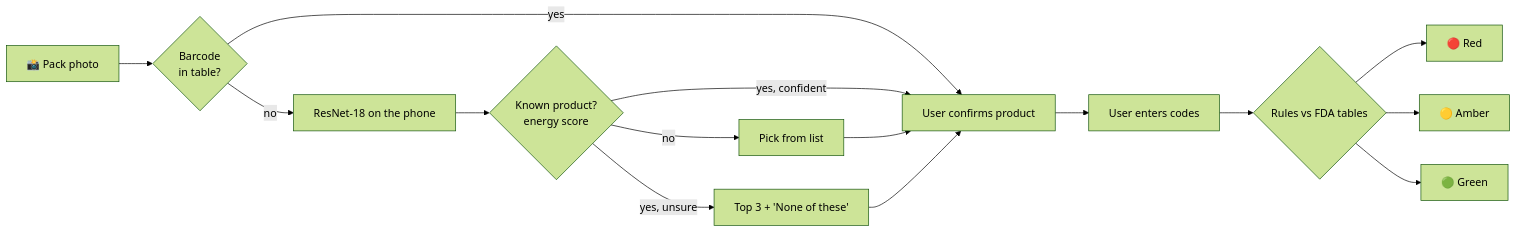
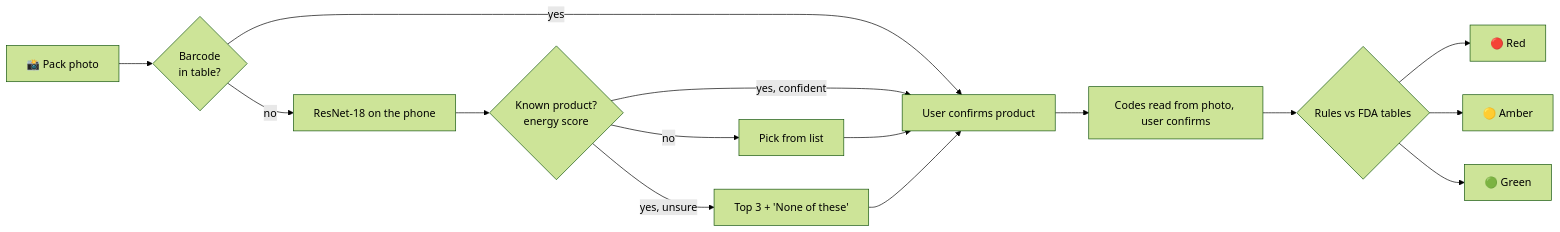
Before and after one commit to ldd26/SureCure: the diagram in README.md, drawn with Mermaid (forest theme). The commit also changed other lines of this file and 7 other files, not shown here.

````diff
--- a/README.md
+++ b/README.md
@@ -79,17 +79,17 @@
 ```mermaid
 flowchart LR
     A[📸 Pack photo] --> B{Barcode<br/>in table?}
     B -- yes --> D[User confirms product]
     B -- no --> C[ResNet-18 on the phone]
     C --> G{Known product?<br/>energy score}
     G -- no --> L[Pick from list]
     G -- yes, unsure --> T[Top 3 + 'None of these']
     G -- yes, confident --> D
     L --> D
     T --> D
-    D --> E[User enters codes]
+    D --> E[Codes read from photo, user confirms]
     E --> R{Rules vs FDA tables}
     R --> V1[🔴 Red]
     R --> V2[🟡 Amber]
     R --> V3[🟢 Green]
 ```
````
